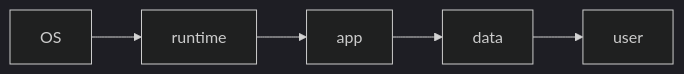
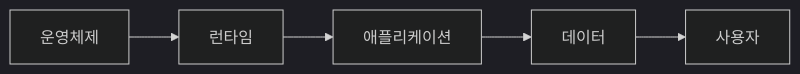
The diagram in content/cloud-computing-101/ko/02-iaas-paas-saas.md (yeongseon-books/book-content), drawn with Mermaid (dark theme) before and after one commit. The commit also changed other lines of this file and 1 other file, not shown here.

````diff
--- a/content/cloud-computing-101/ko/02-iaas-paas-saas.md
+++ b/content/cloud-computing-101/ko/02-iaas-paas-saas.md
@@ -33,7 +45,7 @@
 ```mermaid
 flowchart LR
-    OS["OS"] --> Run["runtime"]
-    Run --> App["app"]
-    App --> Data["data"]
-    Data --> User["user"]
+    OS["운영체제"] --> Run["런타임"]
+    Run --> App["애플리케이션"]
+    App --> Data["데이터"]
+    Data --> User["사용자"]
 ```
````
